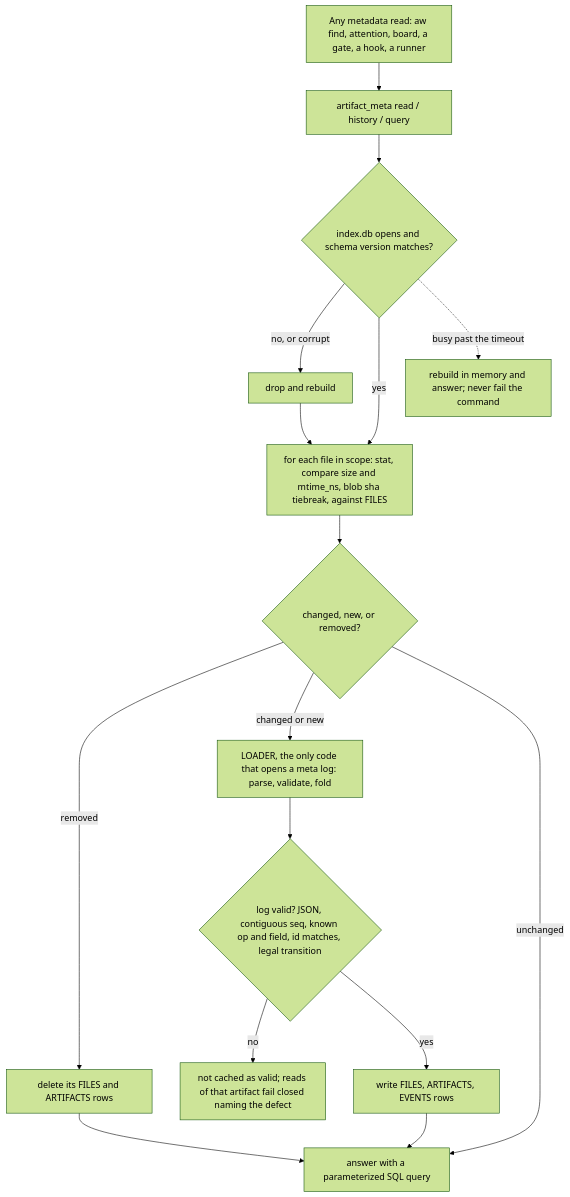
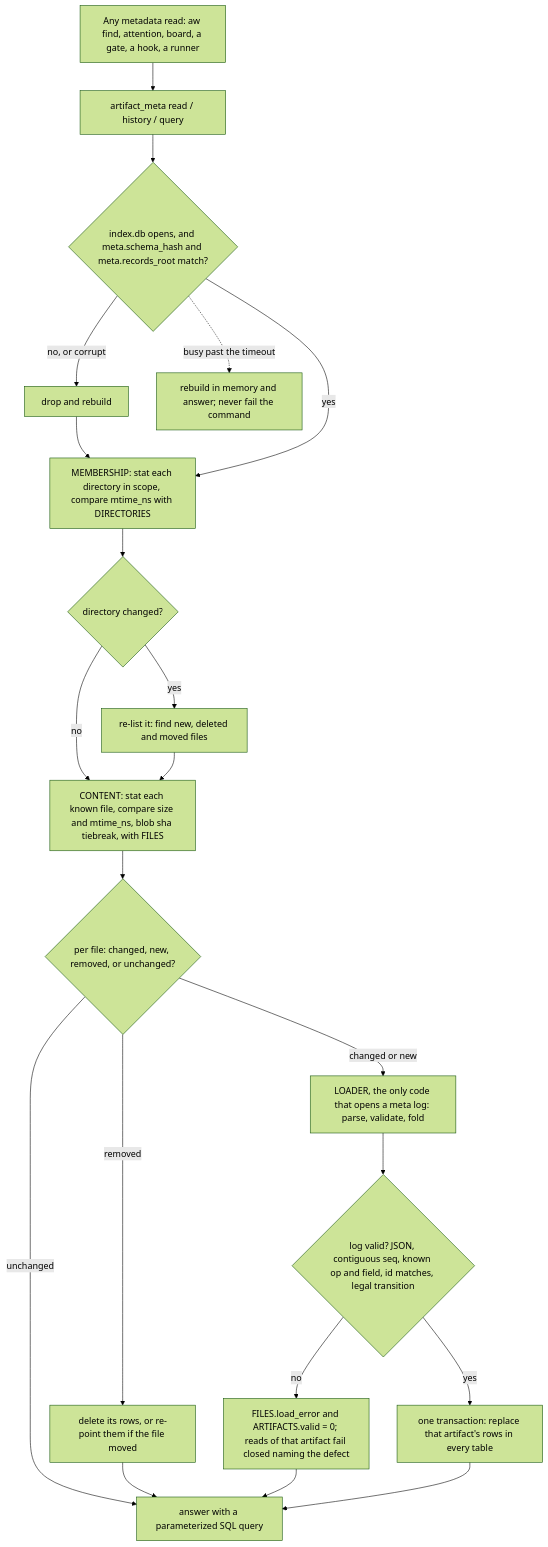
The fourth of 10 diagrams in .aw/records/specs/reviewed/20260925-metastore-01-4sd62s-artifact-metadata-store.spec.md (fariello/agent-workflows), drawn with Mermaid (forest theme) before and after one commit. The commit also changed other lines of this file and 1 other file, not shown here.

First line of the commit message:
spec-review: harden 4sd62s round 8 (cache schema, run index, naming rule, write order; revisions applied)

````diff
--- a/.aw/records/specs/reviewed/20260925-metastore-01-4sd62s-artifact-metadata-store.spec.md
+++ b/.aw/records/specs/reviewed/20260925-metastore-01-4sd62s-artifact-metadata-store.spec.md
@@ -704,18 +1028,23 @@
 ```mermaid
 flowchart TD
     A["Any metadata read: aw find, attention, board, a gate, a hook, a runner"] --> B["artifact_meta read / history / query"]
-    B --> C{"index.db opens and schema version matches?"}
+    B --> C{"index.db opens, and meta.schema_hash and meta.records_root match?"}
     C -- "no, or corrupt" --> D["drop and rebuild"]
     D --> E
-    C -- yes --> E["for each file in scope: stat, compare size and mtime_ns, blob sha tiebreak, against FILES"]
-    E --> F{"changed, new, or removed?"}
-    F -- removed --> G["delete its FILES and ARTIFACTS rows"]
+    C -- yes --> E["MEMBERSHIP: stat each directory in scope, compare mtime_ns with DIRECTORIES"]
+    E --> E2{"directory changed?"}
+    E2 -- yes --> E3["re-list it: find new, deleted and moved files"]
+    E2 -- no --> E4
+    E3 --> E4["CONTENT: stat each known file, compare size and mtime_ns, blob sha tiebreak, with FILES"]
+    E4 --> F{"per file: changed, new, removed, or unchanged?"}
+    F -- removed --> G["delete its rows, or re-point them if the file moved"]
     F -- "changed or new" --> H["LOADER, the only code that opens a meta log: parse, validate, fold"]
     H --> I{"log valid? JSON, contiguous seq, known op and field, id matches, legal transition"}
-    I -- no --> J["not cached as valid; reads of that artifact fail closed naming the defect"]
-    I -- yes --> K["write FILES, ARTIFACTS, EVENTS rows"]
+    I -- no --> J["FILES.load_error and ARTIFACTS.valid = 0; reads of that artifact fail closed naming the defect"]
+    I -- yes --> K["one transaction: replace that artifact's rows in every table"]
     F -- unchanged --> L
     G --> L
+    J --> L
     K --> L["answer with a parameterized SQL query"]
     C -. "busy past the timeout" .-> M["rebuild in memory and answer; never fail the command"]
 ```
````
